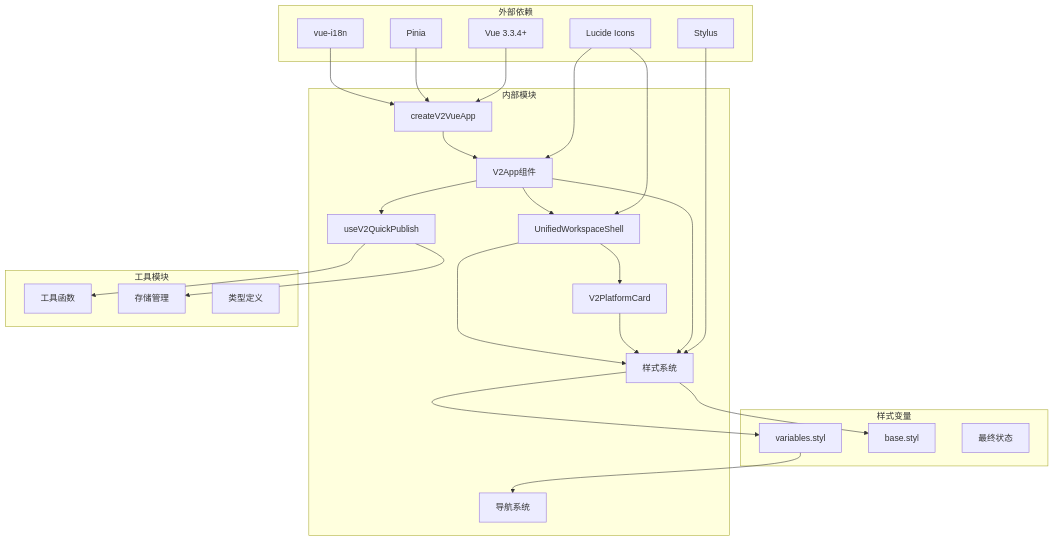
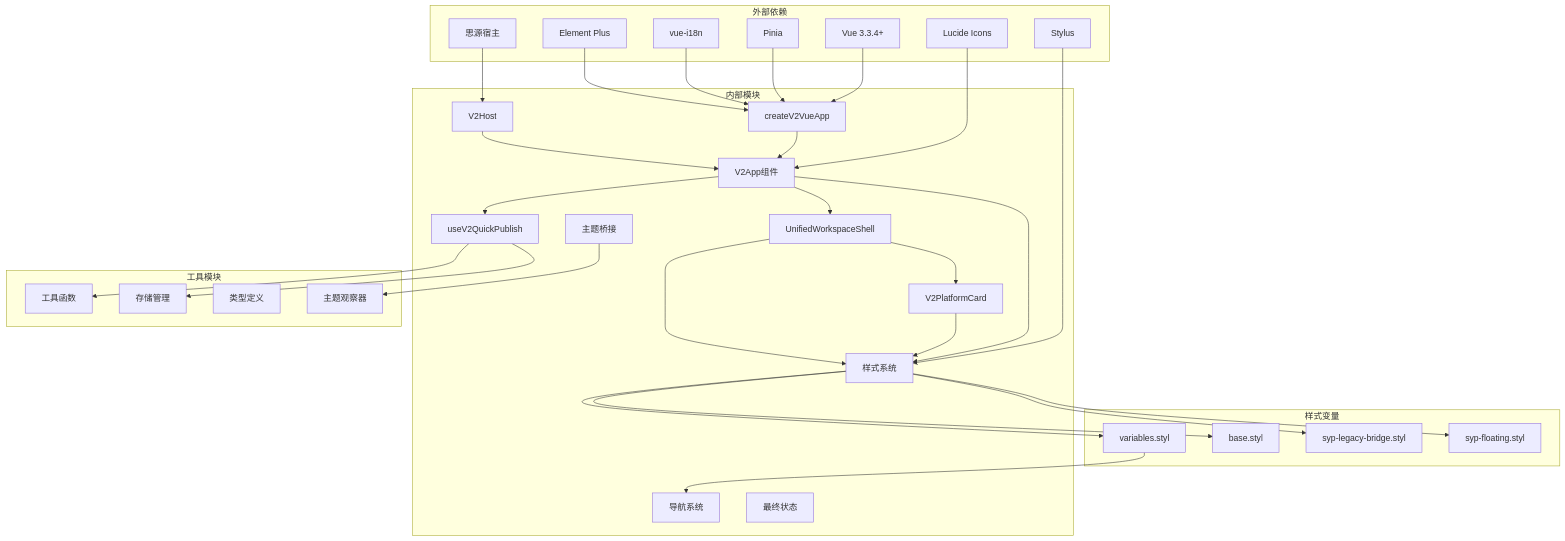
One commit to terwer/siyuan-plugin-publisher changed diagram 13 of 13 in .qoder/repowiki/zh/content/用户界面组件/UI V2 设计原则.md. Above: the diagram before and after it, drawn with Mermaid. The commit also changed other lines of this file and 19 other files, not shown here.

````diff
--- a/.qoder/repowiki/zh/content/用户界面组件/UI V2 设计原则.md
+++ b/.qoder/repowiki/zh/content/用户界面组件/UI V2 设计原则.md
@@ -532,47 +696,61 @@
 ```mermaid
 graph TD
 subgraph "外部依赖"
 Vue[Vue 3.3.4+]
 Pinia[Pinia]
 I18n[vue-i18n]
 Stylus[Stylus]
 Icons[Lucide Icons]
+ElementPlus[Element Plus]
+Siyuan[思源宿主]
 end
 subgraph "内部模块"
 CreateApp[createV2VueApp]
+V2Host[V2Host]
 V2App[V2App组件]
 Shell[UnifiedWorkspaceShell]
 PlatformCard[V2PlatformCard]
 QuickPublish[useV2QuickPublish]
 Styles[样式系统]
 Navigation[导航系统]
+ThemeBridge[主题桥接]
+EndState[最终状态]
 end
 subgraph "工具模块"
 Utils[工具函数]
 Stores[存储管理]
 Types[类型定义]
+ThemeObserver[主题观察器]
+EndState[最终状态]
 end
 subgraph "样式变量"
 Variables[variables.styl]
 Base[base.styl]
+LegacyBridge[syp-legacy-bridge.styl]
+Floating[syp-floating.styl]
 EndState[最终状态]
 end
 Vue --> CreateApp
 Pinia --> CreateApp
 I18n --> CreateApp
 Stylus --> Styles
 Icons --> V2App
-Icons --> Shell
+ElementPlus --> CreateApp
+Siyuan --> V2Host
 CreateApp --> V2App
+V2Host --> V2App
 V2App --> Shell
 V2App --> QuickPublish
 Shell --> PlatformCard
 QuickPublish --> Utils
 QuickPublish --> Stores
 V2App --> Styles
 PlatformCard --> Styles
 Shell --> Styles
 Styles --> Variables
 Styles --> Base
+Styles --> LegacyBridge
+Styles --> Floating
 Variables --> Navigation
+ThemeBridge --> ThemeObserver
 ```
````
